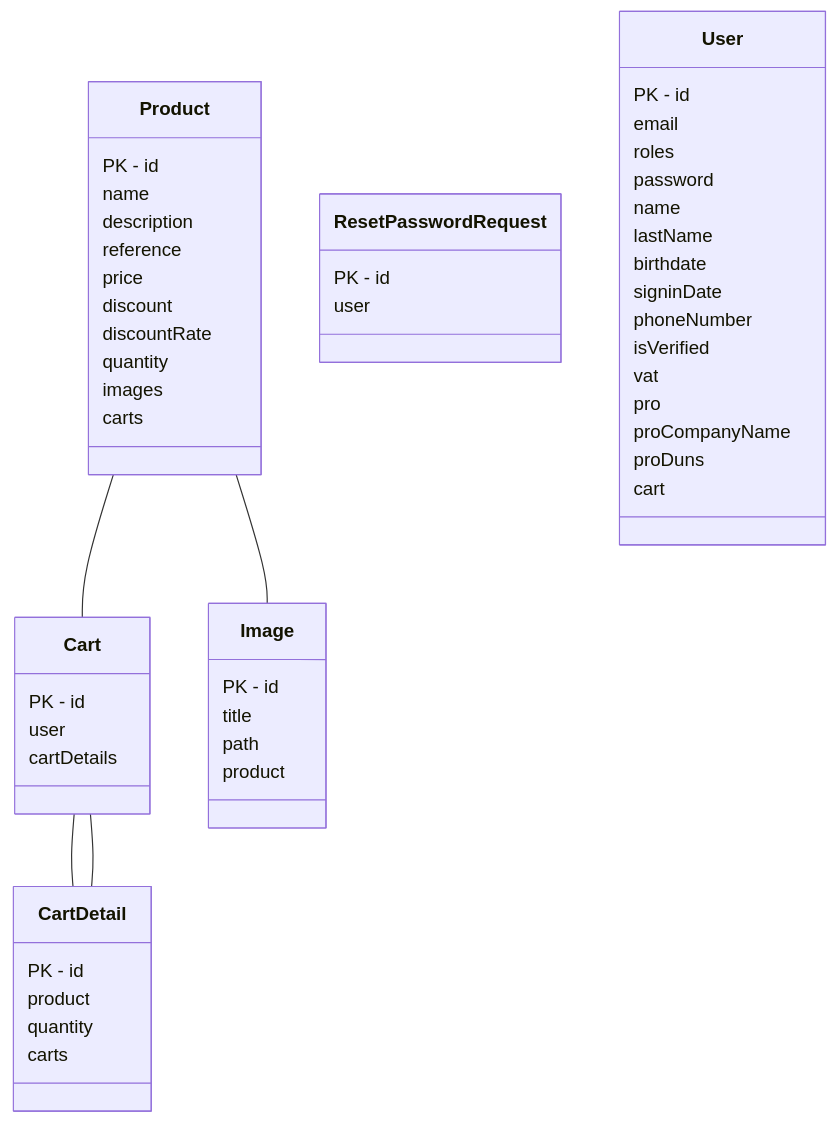
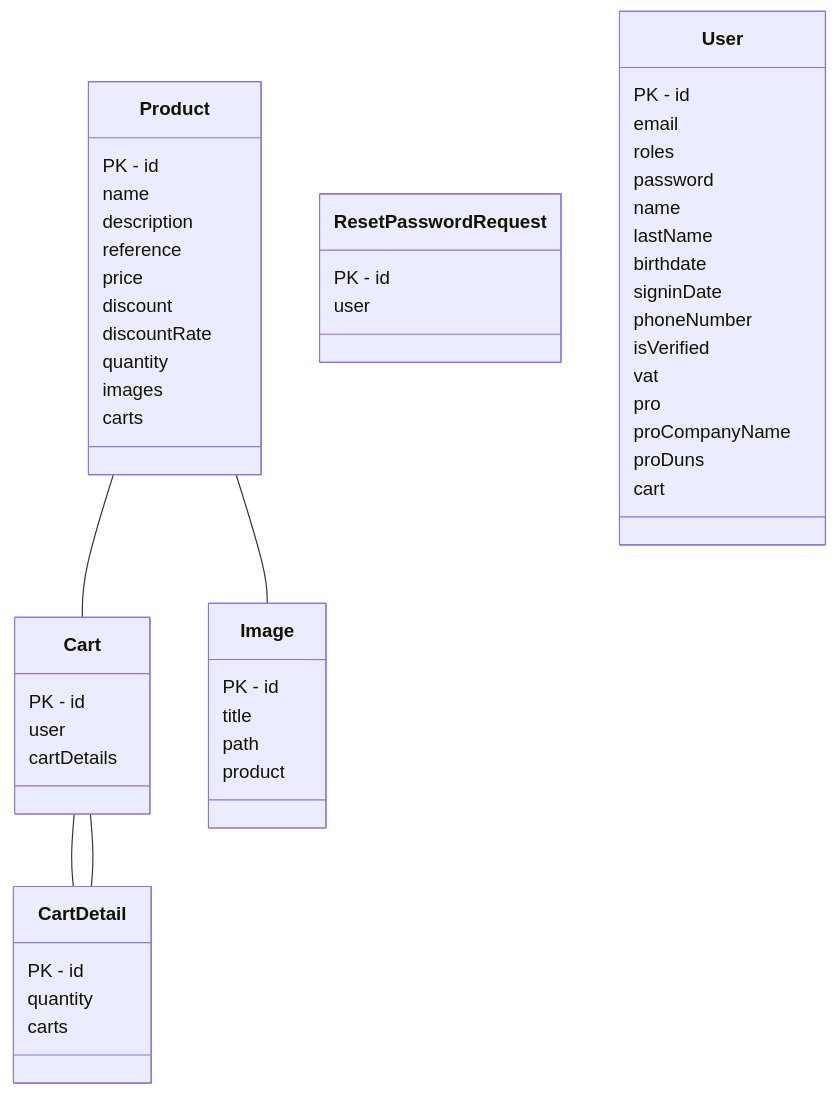
The diagram in UML.md (Mochafe/Projet-Fil-Rouge-Commun-Symfony), drawn with Mermaid before and after one commit. The commit also changed 10 other files, not shown here.

````diff
--- a/UML.md
+++ b/UML.md
@@ -1,65 +1,64 @@
 ```mermaid
 classDiagram
 
 class Cart{
 PK - id
 user
 cartDetails
 }
 
 Cart -- CartDetail
 class CartDetail{
 PK - id
-product
 quantity
 carts
 }
 
 CartDetail -- Cart
 class Image{
 PK - id
 title
 path
 product
 }
 
 class Product{
 PK - id
 name
 description
 reference
 price
 discount
 discountRate
 quantity
 images
 carts
 }
 
 Product -- Image
 Product -- Cart
 class ResetPasswordRequest{
 PK - id
 user
 }
 
 class User{
 PK - id
 email
 roles
 password
 name
 lastName
 birthdate
 signinDate
 phoneNumber
 isVerified
 vat
 pro
 proCompanyName
 proDuns
 cart
 }
 
 
 ```
````
